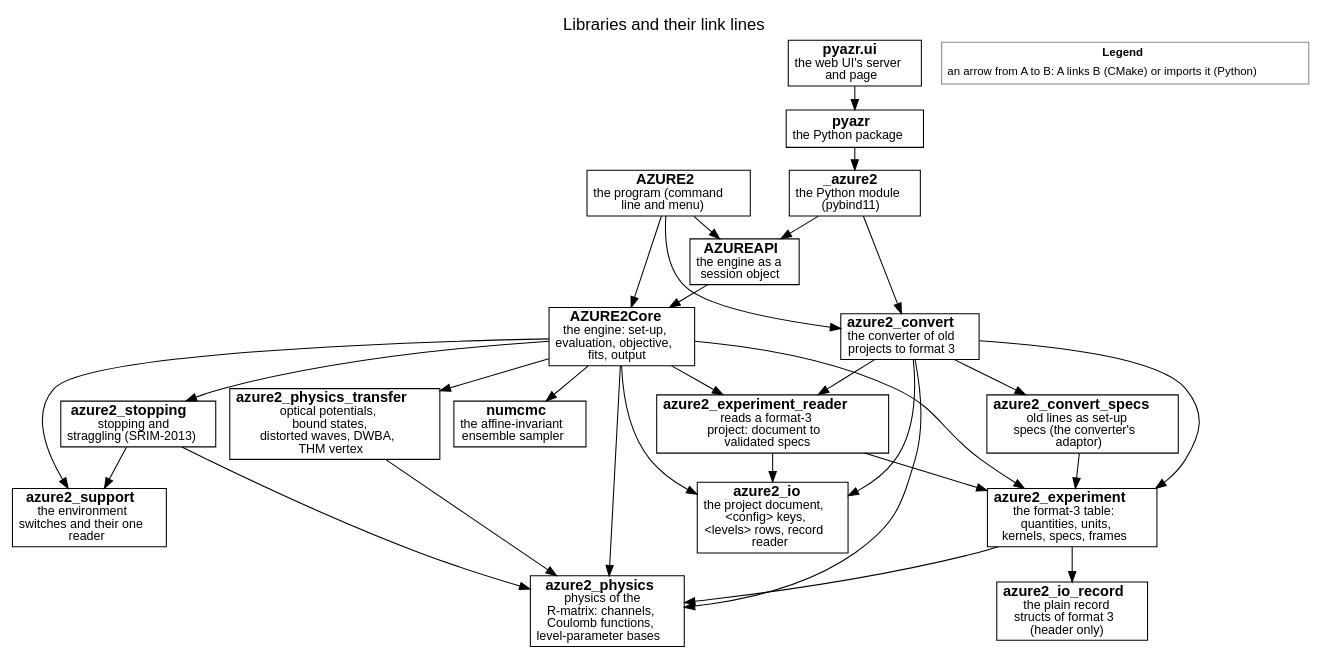
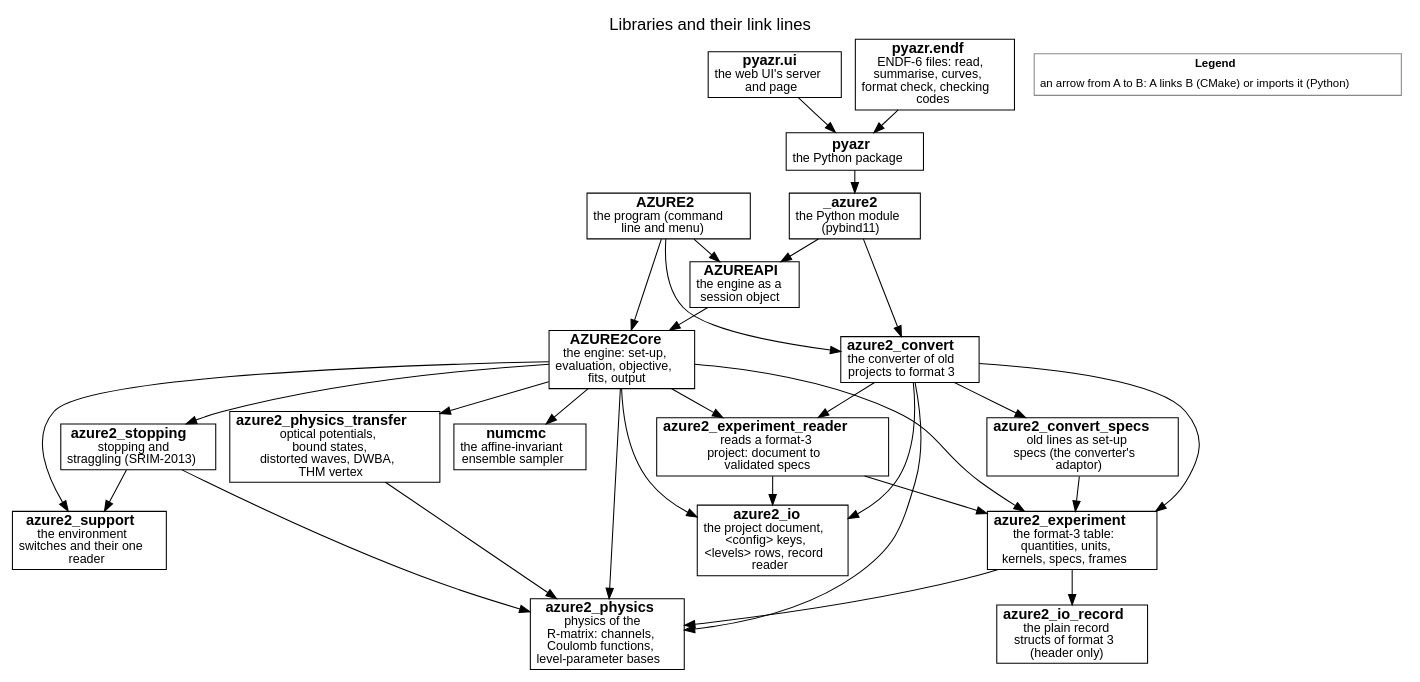
The diagram in docs/source/developer/figures/libraries.dot (AZURE2DEV/AZURE2), drawn with Graphviz before and after one commit. The commit also changed 32 other files, not shown here.

First line of the commit message:
pyazr.endf: read an ENDF-6 file, summarise it, its curves at a data set's points, the own format check

```diff
--- a/docs/source/developer/figures/libraries.dot
+++ b/docs/source/developer/figures/libraries.dot
@@ -1,52 +1,54 @@
 digraph libraries {
   graph [rankdir=TB, fontname="Helvetica", fontsize=16, labelloc=t, label="Libraries and their link lines", nodesep=0.18, ranksep=0.3, newrank=true];
   node [fontname="Helvetica", fontsize=14, margin="0.08,0.04"];
   edge [fontname="Helvetica", fontsize=12];
   n_azure2_support [label=<<b>azure2_support</b><br/><font point-size="12">the environment<br/>switches and their one<br/>reader</font>>, shape=box, style="filled", fillcolor="white"];
   n_azure2_physics [label=<<b>azure2_physics</b><br/><font point-size="12">physics of the<br/>R-matrix: channels,<br/>Coulomb functions,<br/>level-parameter bases</font>>, shape=box, style="filled", fillcolor="white"];
   n_azure2_physics_transfer [label=<<b>azure2_physics_transfer</b><br/><font point-size="12">optical potentials,<br/>bound states,<br/>distorted waves, DWBA,<br/>THM vertex</font>>, shape=box, style="filled", fillcolor="white"];
   n_azure2_io [label=<<b>azure2_io</b><br/><font point-size="12">the project document,<br/>&lt;config&gt; keys,<br/>&lt;levels&gt; rows, record<br/>reader</font>>, shape=box, style="filled", fillcolor="white"];
   n_azure2_io_record [label=<<b>azure2_io_record</b><br/><font point-size="12">the plain record<br/>structs of format 3<br/>(header only)</font>>, shape=box, style="filled", fillcolor="white"];
   n_azure2_stopping [label=<<b>azure2_stopping</b><br/><font point-size="12">stopping and<br/>straggling (SRIM-2013)</font>>, shape=box, style="filled", fillcolor="white"];
   n_azure2_experiment [label=<<b>azure2_experiment</b><br/><font point-size="12">the format-3 table:<br/>quantities, units,<br/>kernels, specs, frames</font>>, shape=box, style="filled", fillcolor="white"];
   n_azure2_experiment_reader [label=<<b>azure2_experiment_reader</b><br/><font point-size="12">reads a format-3<br/>project: document to<br/>validated specs</font>>, shape=box, style="filled", fillcolor="white"];
   n_azure2_convert_specs [label=<<b>azure2_convert_specs</b><br/><font point-size="12">old lines as set-up<br/>specs (the converter&#x27;s<br/>adaptor)</font>>, shape=box, style="filled", fillcolor="white"];
   n_azure2_convert [label=<<b>azure2_convert</b><br/><font point-size="12">the converter of old<br/>projects to format 3</font>>, shape=box, style="filled", fillcolor="white"];
   n_numcmc [label=<<b>numcmc</b><br/><font point-size="12">the affine-invariant<br/>ensemble sampler</font>>, shape=box, style="filled", fillcolor="white"];
   n_AZURE2Core [label=<<b>AZURE2Core</b><br/><font point-size="12">the engine: set-up,<br/>evaluation, objective,<br/>fits, output</font>>, shape=box, style="filled", fillcolor="white"];
   n_AZUREAPI [label=<<b>AZUREAPI</b><br/><font point-size="12">the engine as a<br/>session object</font>>, shape=box, style="filled", fillcolor="white"];
   n_AZURE2 [label=<<b>AZURE2</b><br/><font point-size="12">the program (command<br/>line and menu)</font>>, shape=box, style="filled", fillcolor="white"];
   n__azure2 [label=<<b>_azure2</b><br/><font point-size="12">the Python module<br/>(pybind11)</font>>, shape=box, style="filled", fillcolor="white"];
   n_pyazr [label=<<b>pyazr</b><br/><font point-size="12">the Python package</font>>, shape=box, style="filled", fillcolor="white"];
   n_pyazr_ui [label=<<b>pyazr.ui</b><br/><font point-size="12">the web UI&#x27;s server<br/>and page</font>>, shape=box, style="filled", fillcolor="white"];
+  n_pyazr_endf [label=<<b>pyazr.endf</b><br/><font point-size="12">ENDF-6 files: read,<br/>summarise, curves,<br/>format check, checking<br/>codes</font>>, shape=box, style="filled", fillcolor="white"];
   n_azure2_physics_transfer -> n_azure2_physics [style=solid, arrowhead=normal];
   n_azure2_stopping -> n_azure2_physics [style=solid, arrowhead=normal];
   n_azure2_stopping -> n_azure2_support [style=solid, arrowhead=normal];
   n_azure2_experiment -> n_azure2_physics [style=solid, arrowhead=normal];
   n_azure2_experiment -> n_azure2_io_record [style=solid, arrowhead=normal];
   n_azure2_experiment_reader -> n_azure2_experiment [style=solid, arrowhead=normal];
   n_azure2_experiment_reader -> n_azure2_io [style=solid, arrowhead=normal];
   n_azure2_convert_specs -> n_azure2_experiment [style=solid, arrowhead=normal];
   n_azure2_convert -> n_azure2_io [style=solid, arrowhead=normal];
   n_azure2_convert -> n_azure2_experiment [style=solid, arrowhead=normal];
   n_azure2_convert -> n_azure2_experiment_reader [style=solid, arrowhead=normal];
   n_azure2_convert -> n_azure2_physics [style=solid, arrowhead=normal];
   n_azure2_convert -> n_azure2_convert_specs [style=solid, arrowhead=normal];
   n_AZURE2Core -> n_azure2_support [style=solid, arrowhead=normal];
   n_AZURE2Core -> n_azure2_physics [style=solid, arrowhead=normal];
   n_AZURE2Core -> n_azure2_physics_transfer [style=solid, arrowhead=normal];
   n_AZURE2Core -> n_azure2_stopping [style=solid, arrowhead=normal];
   n_AZURE2Core -> n_azure2_io [style=solid, arrowhead=normal];
   n_AZURE2Core -> n_azure2_experiment [style=solid, arrowhead=normal];
   n_AZURE2Core -> n_azure2_experiment_reader [style=solid, arrowhead=normal];
   n_AZURE2Core -> n_numcmc [style=solid, arrowhead=normal];
   n_AZUREAPI -> n_AZURE2Core [style=solid, arrowhead=normal];
   n_AZURE2 -> n_AZUREAPI [style=solid, arrowhead=normal];
   n_AZURE2 -> n_AZURE2Core [style=solid, arrowhead=normal];
   n_AZURE2 -> n_azure2_convert [style=solid, arrowhead=normal];
   n__azure2 -> n_AZUREAPI [style=solid, arrowhead=normal];
   n__azure2 -> n_azure2_convert [style=solid, arrowhead=normal];
   n_pyazr -> n__azure2 [style=solid, arrowhead=normal];
   n_pyazr_ui -> n_pyazr [style=solid, arrowhead=normal];
+  n_pyazr_endf -> n_pyazr [style=solid, arrowhead=normal];
   legend [shape=plaintext, fontsize=11, label=<<TABLE BORDER="1" CELLBORDER="0" CELLSPACING="2" COLOR="#888888"><TR><TD><B>Legend</B></TD></TR><TR><TD ALIGN="LEFT">an arrow from A to B: A links B (CMake) or imports it (Python)</TD></TR></TABLE>>];
 }
```
